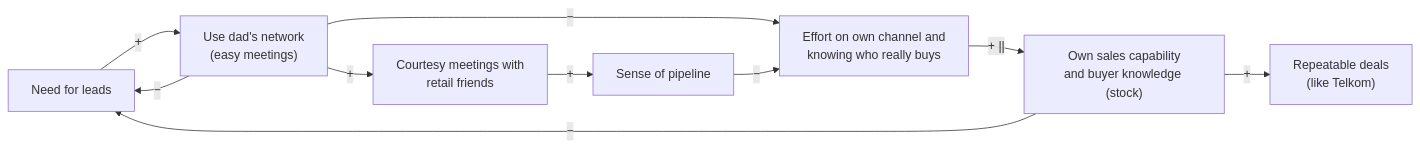
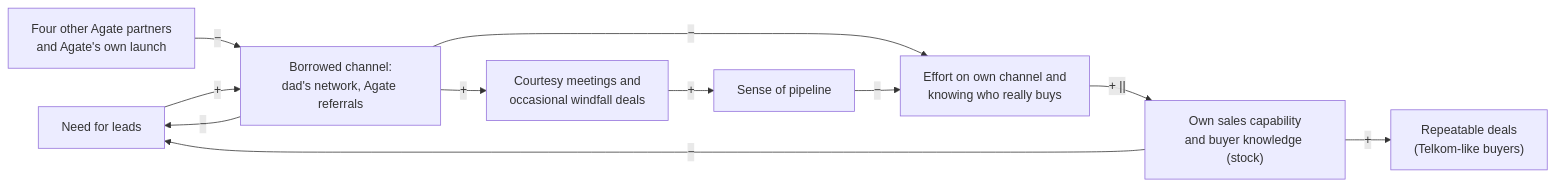
The third of 6 diagrams in outputs/01-systems-thinking.md (gregorykurnia/deus-evaluation), drawn with Mermaid before and after one commit. The commit also changed other lines of this file and 1 other file, not shown here.

````diff
--- a/outputs/01-systems-thinking.md
+++ b/outputs/01-systems-thinking.md
@@ -150,12 +171,13 @@
 ```mermaid
 flowchart LR
-    NEED["Need for leads"] -->|"+"| NET["Use dad's network<br/>(easy meetings)"]
-    NET -->|"−"| NEED
-    NET -->|"−"| OWN["Effort on own channel and<br/>knowing who really buys"]
+    NEED["Need for leads"] -->|"+"| BORROW["Borrowed channel:<br/>dad's network, Agate referrals"]
+    BORROW -->|"−"| NEED
+    BORROW -->|"−"| OWN["Effort on own channel and<br/>knowing who really buys"]
     OWN -->|"+ ||"| CAP["Own sales capability<br/>and buyer knowledge (stock)"]
     CAP -->|"−"| NEED
-    NET -->|"+"| COURT["Courtesy meetings with<br/>retail friends"]
+    BORROW -->|"+"| COURT["Courtesy meetings and<br/>occasional windfall deals"]
     COURT -->|"+"| FALSE["Sense of pipeline"]
     FALSE -->|"−"| OWN
-    CAP -->|"+"| REPEAT["Repeatable deals<br/>(like Telkom)"]
+    CAP -->|"+"| REPEAT["Repeatable deals<br/>(Telkom-like buyers)"]
+    PARTNERS["Four other Agate partners<br/>and Agate's own launch"] -->|"−"| BORROW
 ```
````
